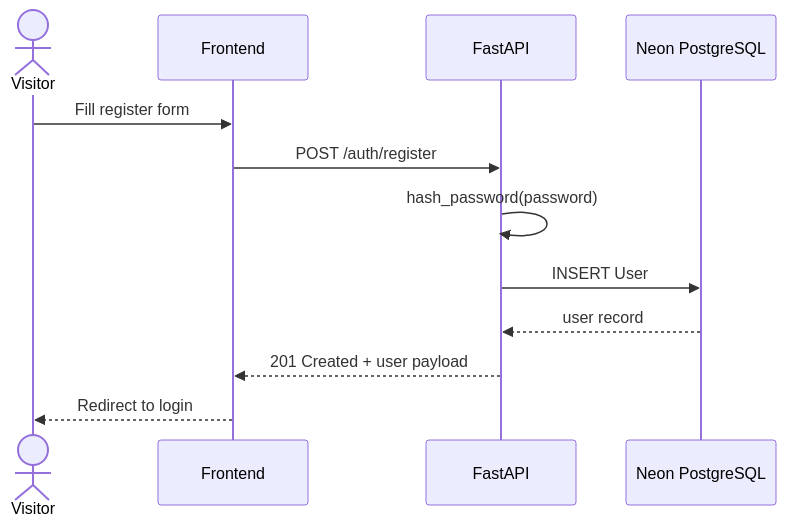
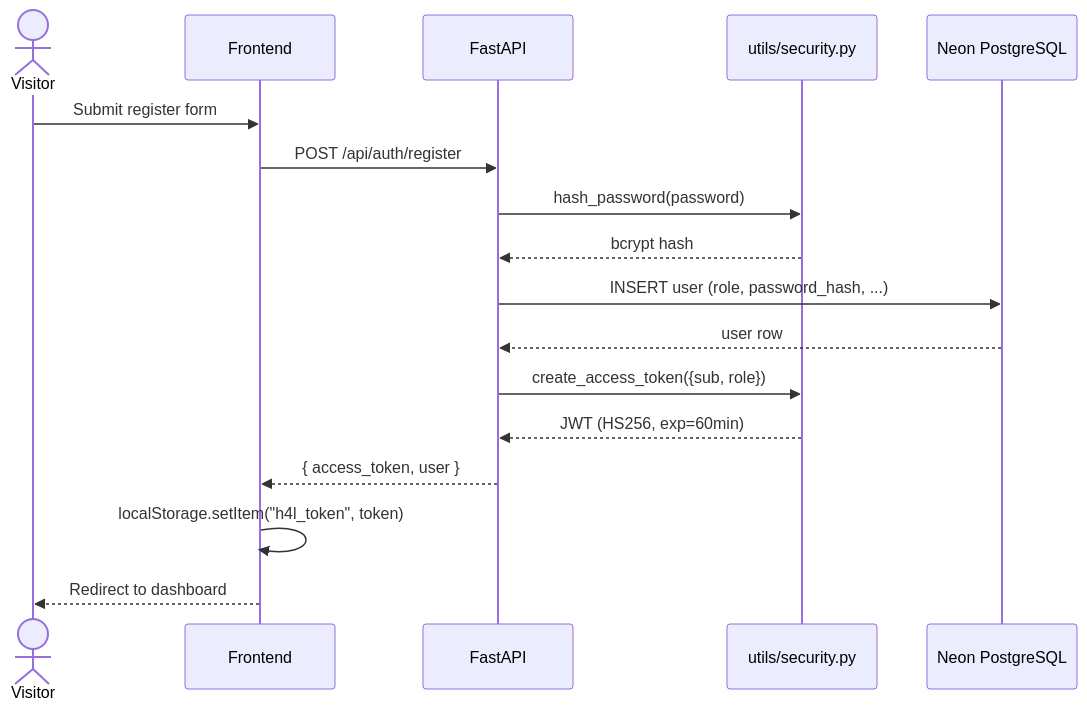
One commit to yazidha09/Hub4Learners changed the third of 4 diagrams in docs/sprints/SPRINT_1.md. Above: the diagram before and after it, drawn with Mermaid. The commit also changed other lines of this file and 5 other files, not shown here.

````diff
--- a/docs/sprints/SPRINT_1.md
+++ b/docs/sprints/SPRINT_1.md
@@ -90,15 +116,20 @@
 ```mermaid
 sequenceDiagram
     actor Visitor
     participant Frontend
     participant FastAPI
-    participant Neon PostgreSQL
+    participant Security as utils/security.py
+    participant DB as Neon PostgreSQL
 
-    Visitor->>Frontend: Fill register form
-    Frontend->>FastAPI: POST /auth/register
-    FastAPI->>FastAPI: hash_password(password)
-    FastAPI->>Neon PostgreSQL: INSERT User
-    Neon PostgreSQL-->>FastAPI: user record
-    FastAPI-->>Frontend: 201 Created + user payload
-    Frontend-->>Visitor: Redirect to login
+    Visitor->>Frontend: Submit register form
+    Frontend->>FastAPI: POST /api/auth/register
+    FastAPI->>Security: hash_password(password)
+    Security-->>FastAPI: bcrypt hash
+    FastAPI->>DB: INSERT user (role, password_hash, ...)
+    DB-->>FastAPI: user row
+    FastAPI->>Security: create_access_token({sub, role})
+    Security-->>FastAPI: JWT (HS256, exp=60min)
+    FastAPI-->>Frontend: { access_token, user }
+    Frontend->>Frontend: localStorage.setItem("h4l_token", token)
+    Frontend-->>Visitor: Redirect to dashboard
 ```
````
